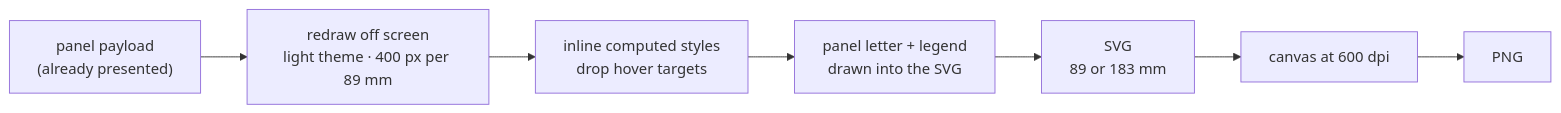
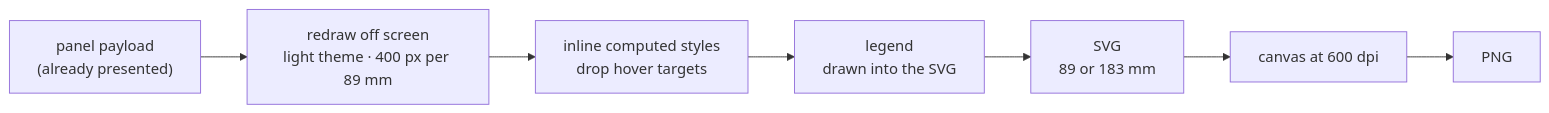
The fourth of 4 diagrams in docs/live_monitor.md (sh4r11f/alhazen), drawn with Mermaid before and after one commit. The commit also changed other lines of this file and 15 other files, not shown here.

````diff
--- a/docs/live_monitor.md
+++ b/docs/live_monitor.md
@@ -694,9 +695,9 @@
 ```mermaid
 flowchart LR
   P["panel payload<br/>(already presented)"] --> D["redraw off screen<br/>light theme · 400 px per 89 mm"]
   D --> I["inline computed styles<br/>drop hover targets"]
-  I --> L["panel letter + legend<br/>drawn into the SVG"]
+  I --> L["legend<br/>drawn into the SVG"]
   L --> S["SVG<br/>89 or 183 mm"]
   S --> R["canvas at 600 dpi"]
   R --> G["PNG"]
 ```
````
